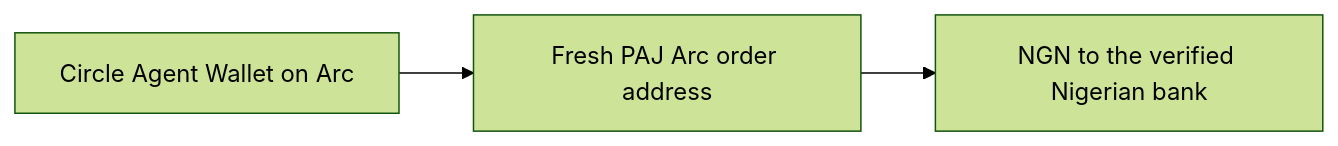
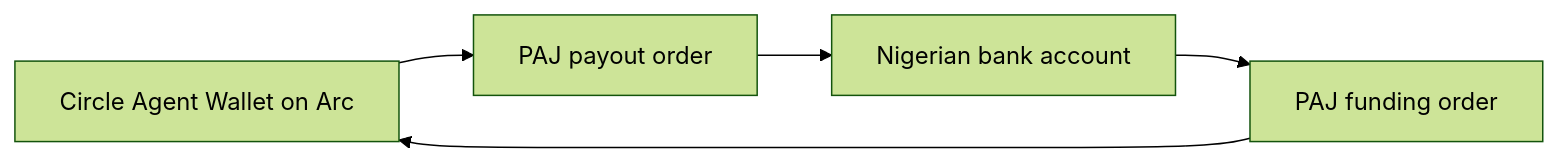
The diagram in docs/live-integration.md (Adeyemir/agent-fiat-mcp), drawn with Mermaid (forest theme) before and after one commit. The commit also changed other lines of this file and 4 other files, not shown here.

````diff
--- a/docs/live-integration.md
+++ b/docs/live-integration.md
@@ -11,5 +18,7 @@
 ```mermaid
 flowchart LR
-    Wallet[Circle Agent Wallet on Arc] --> Order[Fresh PAJ Arc order address]
-    Order --> Bank[NGN to the verified Nigerian bank]
+    Wallet[Circle Agent Wallet on Arc] --> Payout[PAJ payout order]
+    Payout --> Bank[Nigerian bank account]
+    Bank --> Funding[PAJ funding order]
+    Funding --> Wallet
 ```
````
